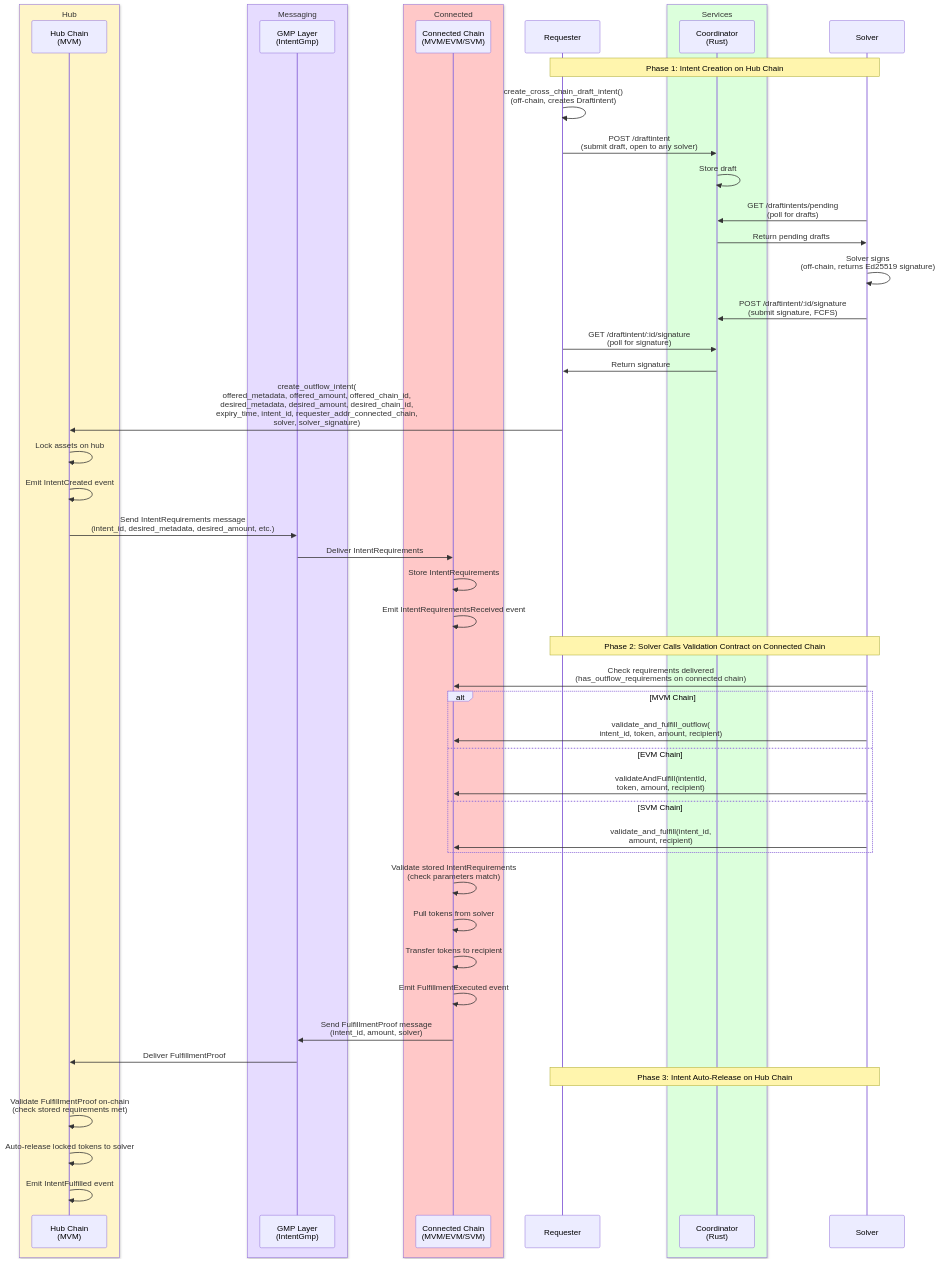
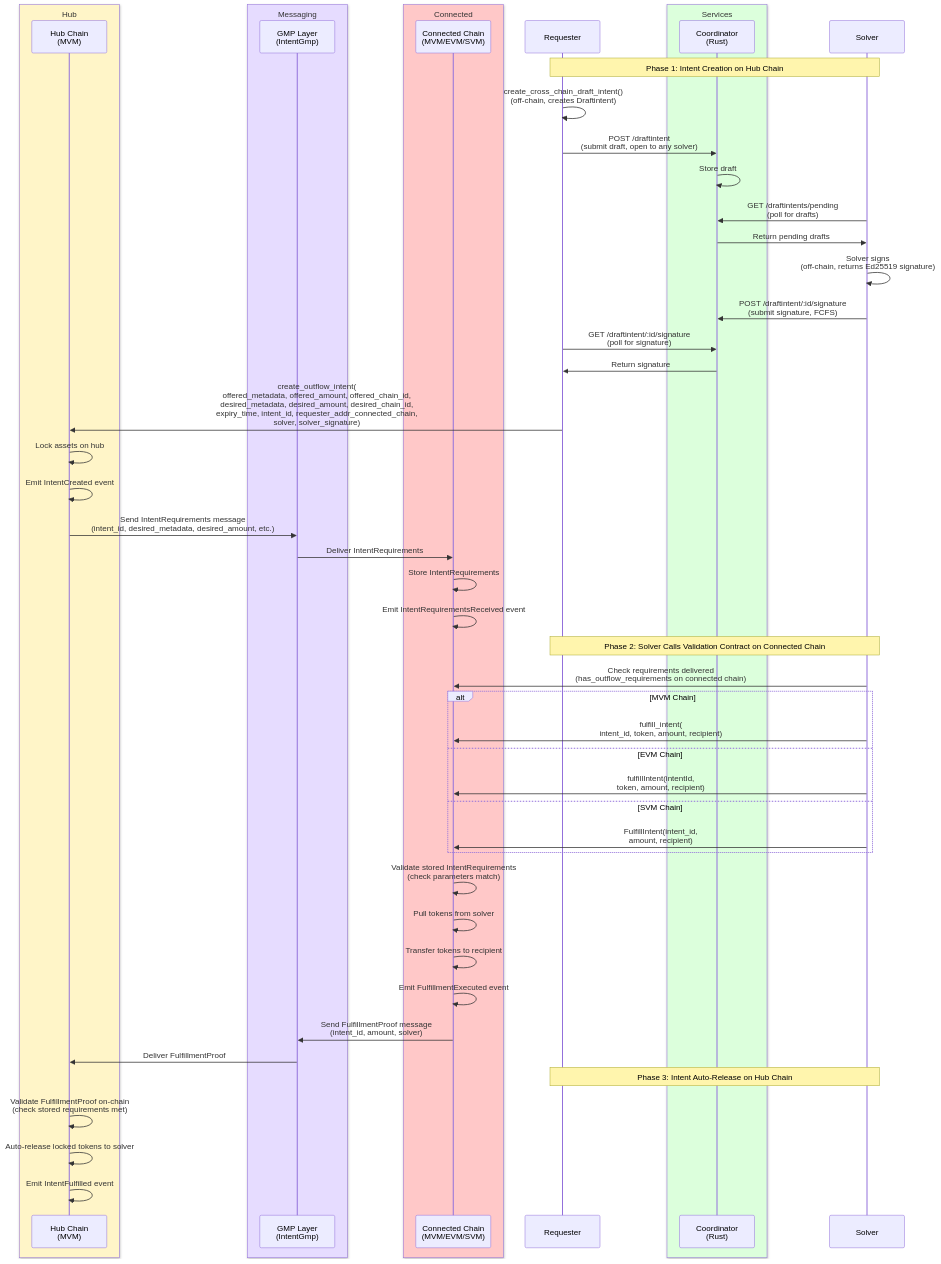
Before and after one commit to MoveIndustries/int3nts: the third of 3 diagrams in docs/protocol.md, drawn with Mermaid. The commit also changed other lines of this file and 20 other files, not shown here.

````diff
--- a/docs/protocol.md
+++ b/docs/protocol.md
@@ -168,56 +168,56 @@
 ```mermaid
 sequenceDiagram
     box rgb(255, 245, 200) Hub
     participant Hub as Hub Chain<br/>(MVM)
     end
     box rgb(230, 220, 255) Messaging
     participant GMP as GMP Layer<br/>(IntentGmp)
     end
     box rgb(255, 200, 200) Connected
     participant Connected as Connected Chain<br/>(MVM/EVM/SVM)
     end
     participant Requester
     box rgb(220, 255, 220) Services
     participant Coordinator as Coordinator<br/>(Rust)
     end
     participant Solver
 
     Note over Requester,Solver: Phase 1: Intent Creation on Hub Chain
     Requester->>Requester: create_cross_chain_draft_intent()<br/>(off-chain, creates Draftintent)
     Requester->>Coordinator: POST /draftintent<br/>(submit draft, open to any solver)
     Coordinator->>Coordinator: Store draft
     Solver->>Coordinator: GET /draftintents/pending<br/>(poll for drafts)
     Coordinator->>Solver: Return pending drafts
     Solver->>Solver: Solver signs<br/>(off-chain, returns Ed25519 signature)
     Solver->>Coordinator: POST /draftintent/:id/signature<br/>(submit signature, FCFS)
     Requester->>Coordinator: GET /draftintent/:id/signature<br/>(poll for signature)
     Coordinator->>Requester: Return signature
     Requester->>Hub: create_outflow_intent(<br/>offered_metadata, offered_amount, offered_chain_id,<br/>desired_metadata, desired_amount, desired_chain_id,<br/>expiry_time, intent_id, requester_addr_connected_chain,<br/>solver, solver_signature)
     Hub->>Hub: Lock assets on hub
     Hub->>Hub: Emit IntentCreated event
     Hub->>GMP: Send IntentRequirements message<br/>(intent_id, desired_metadata, desired_amount, etc.)
     GMP->>Connected: Deliver IntentRequirements
     Connected->>Connected: Store IntentRequirements
     Connected->>Connected: Emit IntentRequirementsReceived event
 
     Note over Requester,Solver: Phase 2: Solver Calls Validation Contract on Connected Chain
     Solver->>Connected: Check requirements delivered<br/>(has_outflow_requirements on connected chain)
     alt MVM Chain
-        Solver->>Connected: validate_and_fulfill_outflow(<br/>intent_id, token, amount, recipient)
+        Solver->>Connected: fulfill_intent(<br/>intent_id, token, amount, recipient)
     else EVM Chain
-        Solver->>Connected: validateAndFulfill(intentId,<br/>token, amount, recipient)
+        Solver->>Connected: fulfillIntent(intentId,<br/>token, amount, recipient)
     else SVM Chain
-        Solver->>Connected: validate_and_fulfill(intent_id,<br/>amount, recipient)
+        Solver->>Connected: FulfillIntent(intent_id,<br/>amount, recipient)
     end
     Connected->>Connected: Validate stored IntentRequirements<br/>(check parameters match)
     Connected->>Connected: Pull tokens from solver
     Connected->>Connected: Transfer tokens to recipient
     Connected->>Connected: Emit FulfillmentExecuted event
     Connected->>GMP: Send FulfillmentProof message<br/>(intent_id, amount, solver)
     GMP->>Hub: Deliver FulfillmentProof
 
     Note over Requester,Solver: Phase 3: Intent Auto-Release on Hub Chain
     Hub->>Hub: Validate FulfillmentProof on-chain<br/>(check stored requirements met)
     Hub->>Hub: Auto-release locked tokens to solver
     Hub->>Hub: Emit IntentFulfilled event
 ```
````
